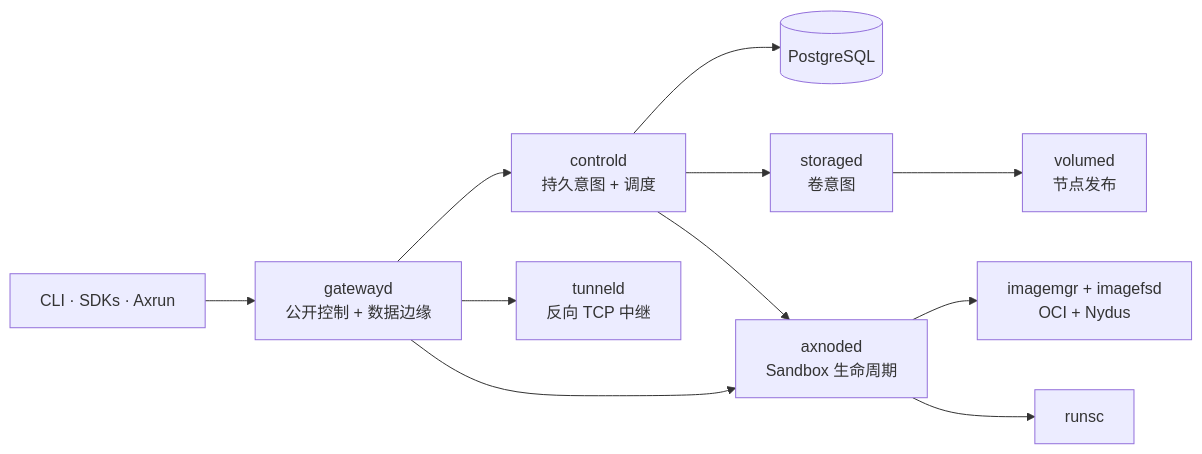
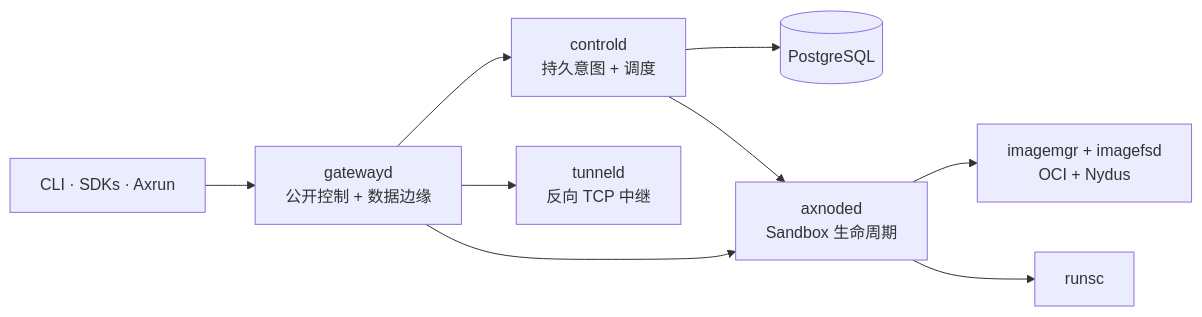
Before and after one commit to cofy-x/axern: the diagram in apps/docs/src/content/docs/zh-cn/architecture/index.md, drawn with Mermaid. The commit also changed other lines of this file and 421 other files, not shown here.

Commit message:
refactor(storage): retire persistent volume subsystem

````diff
--- a/apps/docs/src/content/docs/zh-cn/architecture/index.md
+++ b/apps/docs/src/content/docs/zh-cn/architecture/index.md
@@ -8,13 +8,11 @@
 ```mermaid
 flowchart LR
     Clients["CLI · SDKs · Axrun"] --> Gateway["gatewayd\n公开控制 + 数据边缘"]
     Gateway --> Control["controld\n持久意图 + 调度"]
     Control --> Postgres[(PostgreSQL)]
-    Control --> Storage["storaged\n卷意图"]
     Control --> Node["axnoded\nSandbox 生命周期"]
     Gateway --> Node
     Gateway --> Tunnel["tunneld\n反向 TCP 中继"]
-    Storage --> Volume["volumed\n节点发布"]
     Node --> Image["imagemgr + imagefsd\nOCI + Nydus"]
     Node --> Runtime["runsc"]
 ```
````
